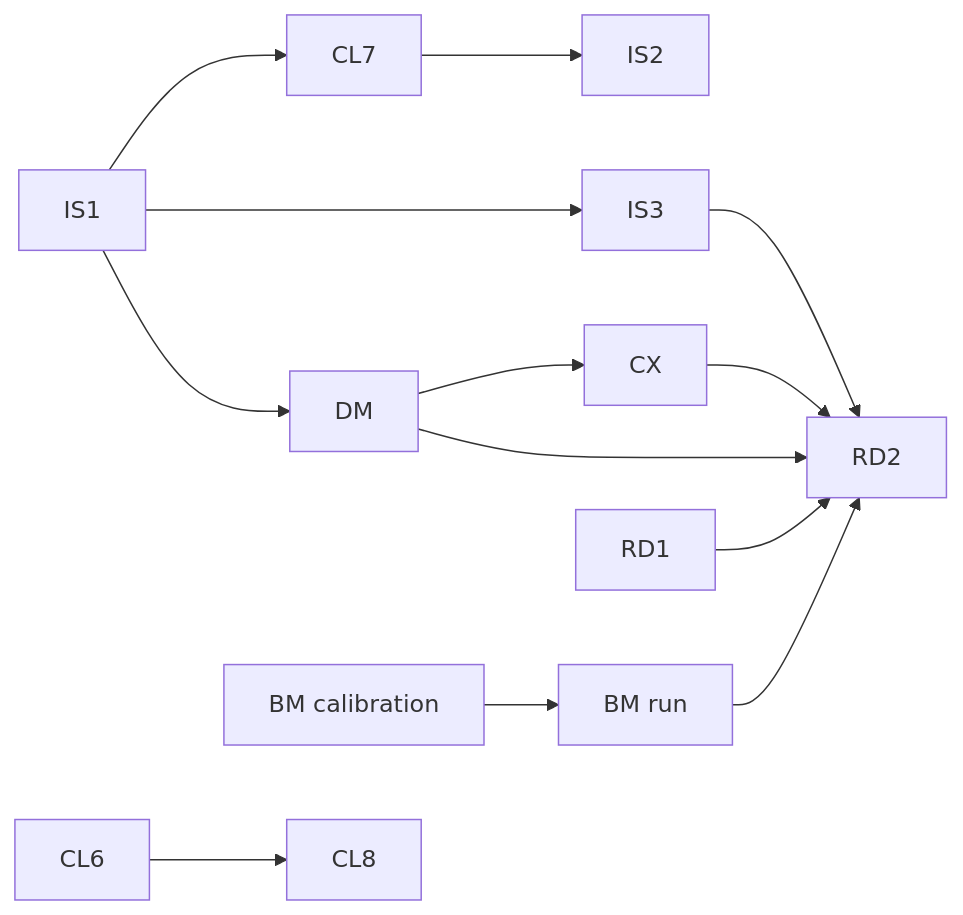
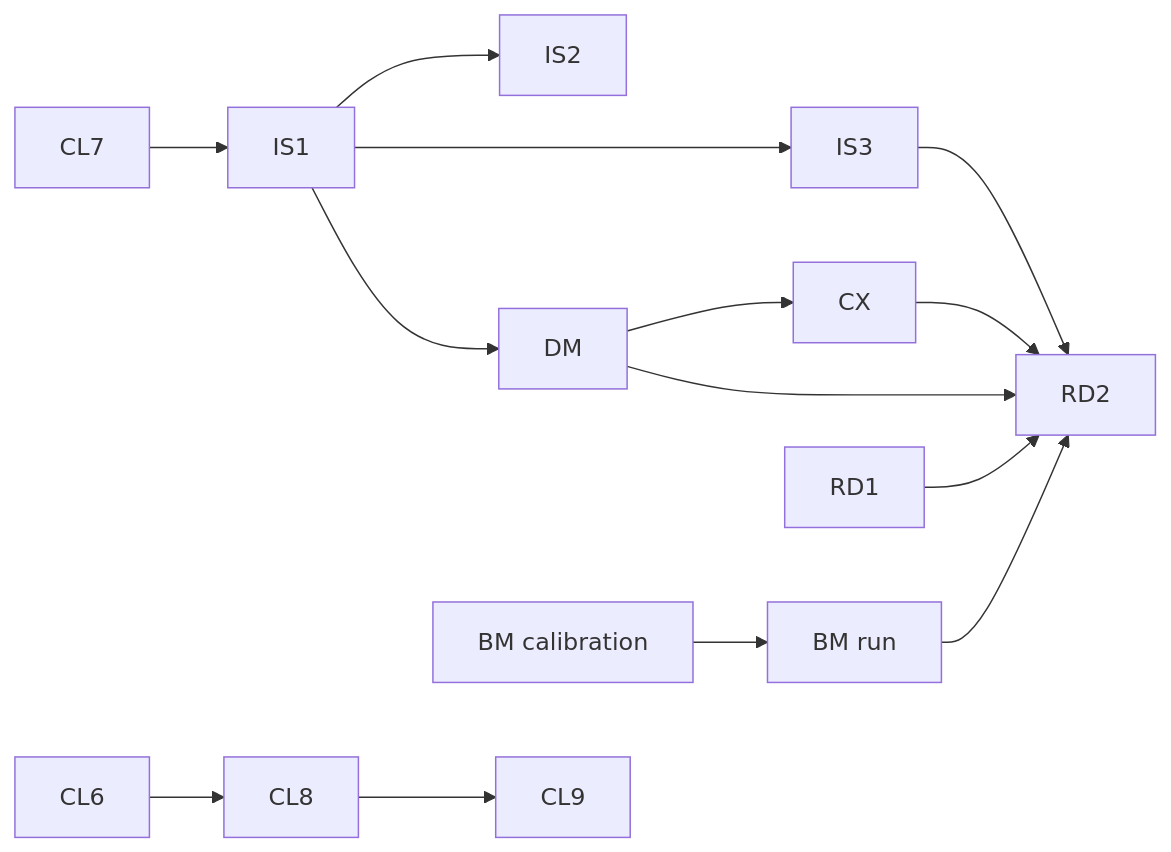
The diagram in docs/plans/2026-10-28-wave-10-umbrella.md (stayfixed/stayfixed), drawn with Mermaid before and after one commit. The commit also changed other lines of this file and 1 other file, not shown here.

First line of the commit message:
docs(plans): wave 10 cleanup lane CL6-CL9, and the umbrella's launch graph after it

````diff
--- a/docs/plans/2026-10-28-wave-10-umbrella.md
+++ b/docs/plans/2026-10-28-wave-10-umbrella.md
@@ -144,15 +144,16 @@
 ```mermaid
 graph LR
-  IS1 --> CL7
-  CL7 --> IS2
+  CL7 --> IS1
+  IS1 --> IS2
   IS1 --> IS3
   IS1 --> DM
   CL6 --> CL8
+  CL8 --> CL9
   DM --> CX
   BMcal[BM calibration] --> BMrun[BM run]
   DM --> RD2
   CX --> RD2
   BMrun --> RD2
   IS3 --> RD2
   RD1 --> RD2
 ```
````
